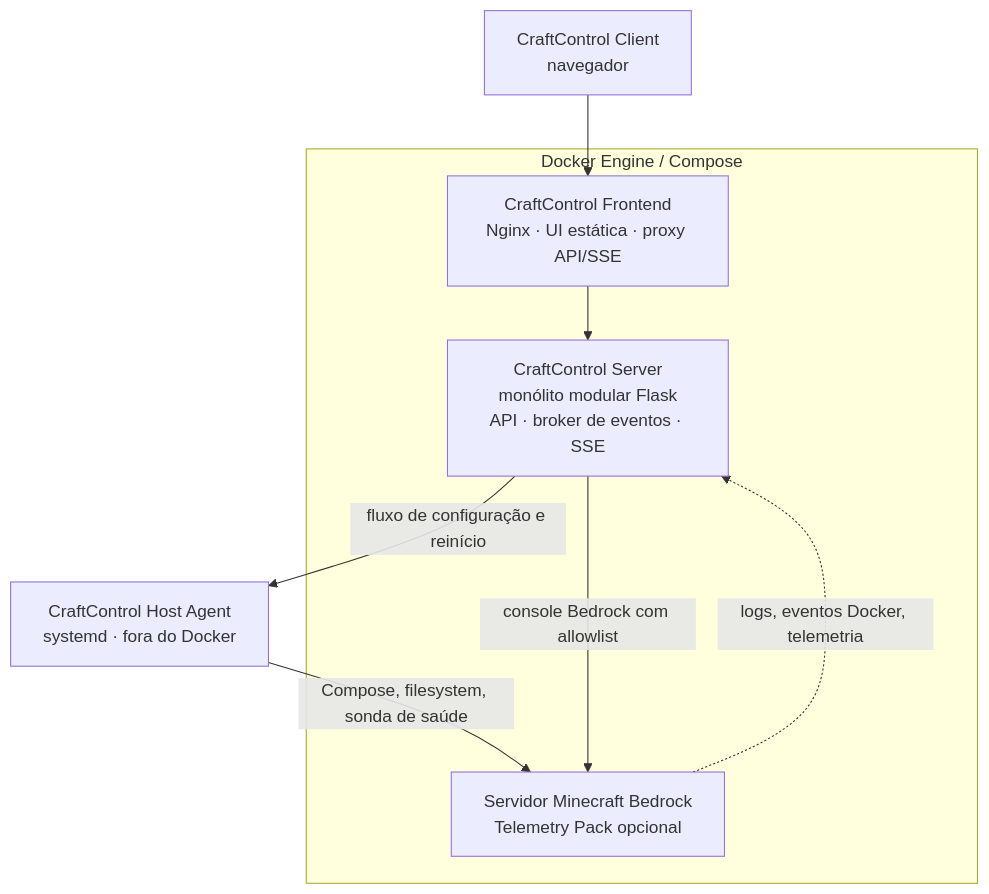
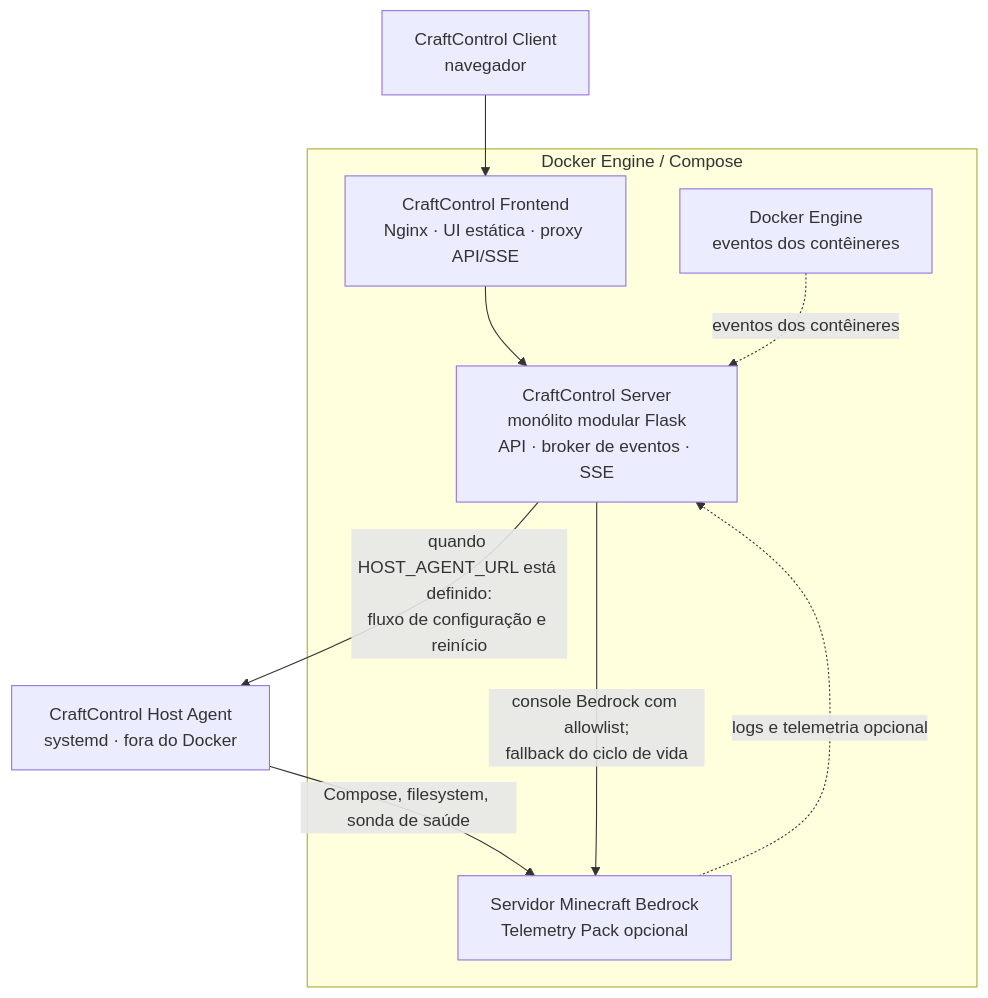
Before and after one commit to dgaramos/craftcontrol: the first of 5 diagrams in README.pt-BR.md, drawn with Mermaid. The commit also changed 1 other file, not shown here.

Commit message:
fix(docs): clarify runtime topology

````diff
--- a/README.pt-BR.md
+++ b/README.pt-BR.md
@@ -59,19 +59,21 @@
 ```mermaid
 flowchart TD
     client["CraftControl Client<br/>navegador"]
 
     subgraph docker["Docker Engine / Compose"]
         frontend["CraftControl Frontend<br/>Nginx · UI estática · proxy API/SSE"]
         server["CraftControl Server<br/>monólito modular Flask<br/>API · broker de eventos · SSE"]
         bedrock["Servidor Minecraft Bedrock<br/>Telemetry Pack opcional"]
+        daemon["Docker Engine<br/>eventos dos contêineres"]
         frontend --> server
     end
 
     agent["CraftControl Host Agent<br/>systemd · fora do Docker"]
 
     client --> frontend
-    server -->|"fluxo de configuração e reinício"| agent
+    server -->|"quando HOST_AGENT_URL está definido:<br/>fluxo de configuração e reinício"| agent
     agent -->|"Compose, filesystem, sonda de saúde"| bedrock
-    server -->|"console Bedrock com allowlist"| bedrock
-    bedrock -. "logs, eventos Docker, telemetria" .-> server
+    server -->|"console Bedrock com allowlist;<br/>fallback do ciclo de vida"| bedrock
+    bedrock -. "logs e telemetria opcional" .-> server
+    daemon -. "eventos dos contêineres" .-> server
 ```
````
